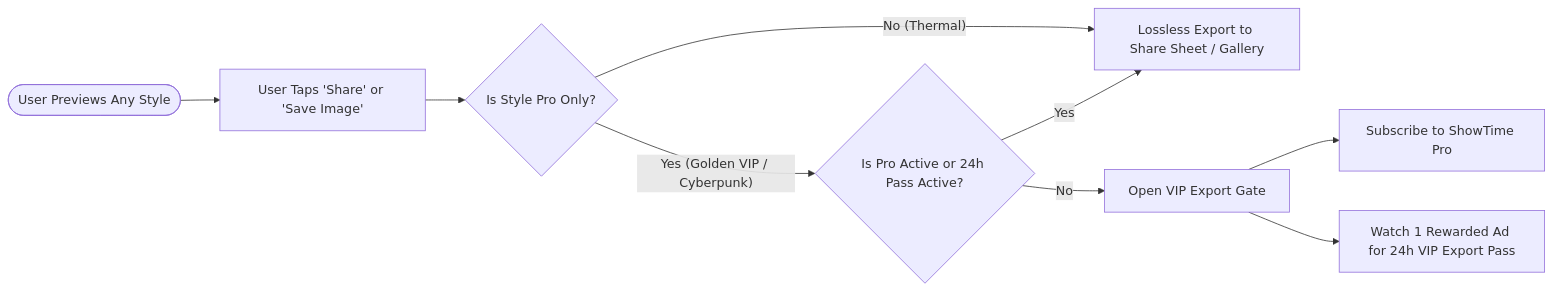
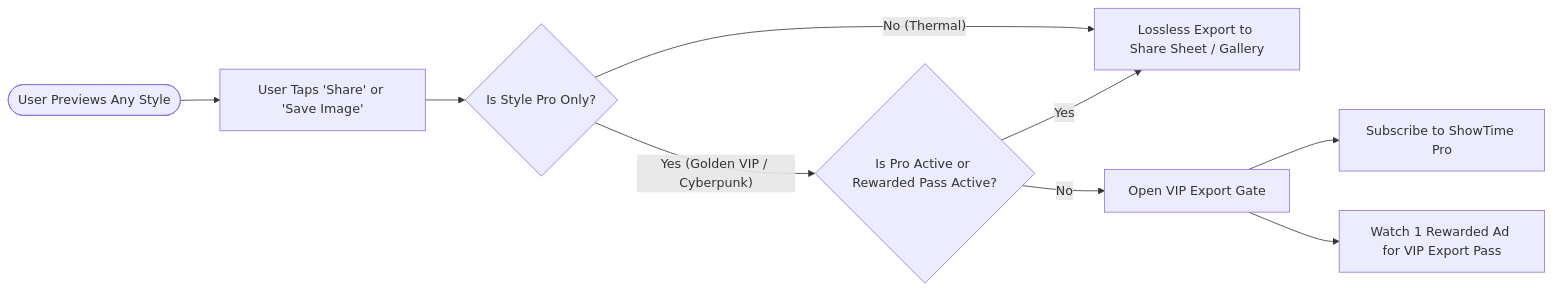
One commit to SSVerma/ShowTime2 changed the second of 2 diagrams in docs/features/VINTAGE_CINEMA_RECEIPT_ARCHITECTURE.md. Above: the diagram before and after it, drawn with Mermaid. The commit also changed other lines of this file and 15 other files, not shown here.

````diff
--- a/docs/features/VINTAGE_CINEMA_RECEIPT_ARCHITECTURE.md
+++ b/docs/features/VINTAGE_CINEMA_RECEIPT_ARCHITECTURE.md
@@ -134,11 +134,11 @@
 ```mermaid
 flowchart LR
     User([User Previews Any Style]) --> TapAction[User Taps 'Share' or 'Save Image']
     TapAction --> StyleCheck{Is Style Pro Only?}
     StyleCheck -- No (Thermal) --> ExportDirect[Lossless Export to Share Sheet / Gallery]
-    StyleCheck -- Yes (Golden VIP / Cyberpunk) --> EntitlementCheck{Is Pro Active or 24h Pass Active?}
+    StyleCheck -- Yes (Golden VIP / Cyberpunk) --> EntitlementCheck{Is Pro Active or Rewarded Pass Active?}
     EntitlementCheck -- Yes --> ExportDirect
     EntitlementCheck -- No --> ShowGate[Open VIP Export Gate]
     ShowGate --> OptionA[Subscribe to ShowTime Pro]
-    ShowGate --> OptionB[Watch 1 Rewarded Ad for 24h VIP Export Pass]
+    ShowGate --> OptionB[Watch 1 Rewarded Ad for VIP Export Pass]
 ```
````
